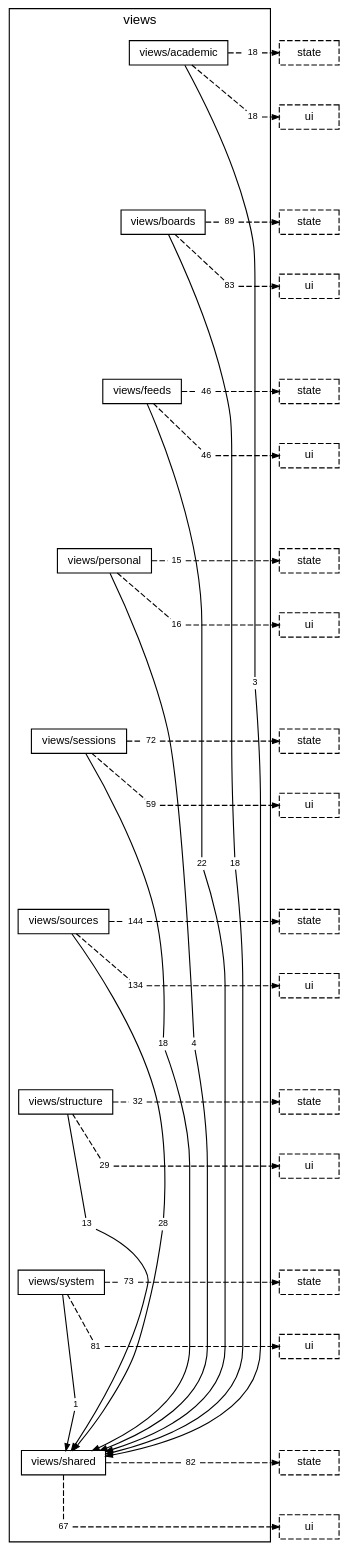
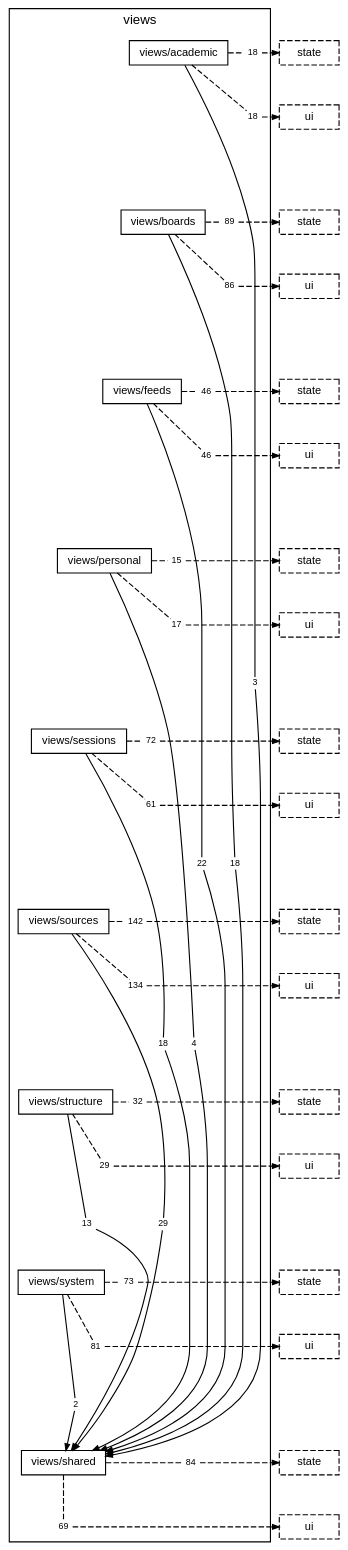
One commit to TheAxeC/oculus changed the diagram in docs/diagrams/layer-views.dot. Above: the diagram before and after it, drawn with Graphviz. The commit also changed 67 other files, not shown here.

```diff
--- a/docs/diagrams/layer-views.dot
+++ b/docs/diagrams/layer-views.dot
@@ -18,27 +18,27 @@
         "folder views/academic to layer ui" [label="18", shape=box, color="transparent", fontsize=8, width=0, height=0, margin="0.04,0.02"];
         "folder views/boards to folder views/shared" [label="18", shape=box, color="transparent", fontsize=8, width=0, height=0, margin="0.04,0.02"];
         "folder views/boards to layer state" [label="89", shape=box, color="transparent", fontsize=8, width=0, height=0, margin="0.04,0.02"];
-        "folder views/boards to layer ui" [label="83", shape=box, color="transparent", fontsize=8, width=0, height=0, margin="0.04,0.02"];
+        "folder views/boards to layer ui" [label="86", shape=box, color="transparent", fontsize=8, width=0, height=0, margin="0.04,0.02"];
         "folder views/feeds to folder views/shared" [label="22", shape=box, color="transparent", fontsize=8, width=0, height=0, margin="0.04,0.02"];
         "folder views/feeds to layer state" [label="46", shape=box, color="transparent", fontsize=8, width=0, height=0, margin="0.04,0.02"];
         "folder views/feeds to layer ui" [label="46", shape=box, color="transparent", fontsize=8, width=0, height=0, margin="0.04,0.02"];
         "folder views/personal to folder views/shared" [label="4", shape=box, color="transparent", fontsize=8, width=0, height=0, margin="0.04,0.02"];
         "folder views/personal to layer state" [label="15", shape=box, color="transparent", fontsize=8, width=0, height=0, margin="0.04,0.02"];
-        "folder views/personal to layer ui" [label="16", shape=box, color="transparent", fontsize=8, width=0, height=0, margin="0.04,0.02"];
+        "folder views/personal to layer ui" [label="17", shape=box, color="transparent", fontsize=8, width=0, height=0, margin="0.04,0.02"];
         "folder views/sessions to folder views/shared" [label="18", shape=box, color="transparent", fontsize=8, width=0, height=0, margin="0.04,0.02"];
         "folder views/sessions to layer state" [label="72", shape=box, color="transparent", fontsize=8, width=0, height=0, margin="0.04,0.02"];
-        "folder views/sessions to layer ui" [label="59", shape=box, color="transparent", fontsize=8, width=0, height=0, margin="0.04,0.02"];
-        "folder views/sources to folder views/shared" [label="28", shape=box, color="transparent", fontsize=8, width=0, height=0, margin="0.04,0.02"];
-        "folder views/sources to layer state" [label="144", shape=box, color="transparent", fontsize=8, width=0, height=0, margin="0.04,0.02"];
+        "folder views/sessions to layer ui" [label="61", shape=box, color="transparent", fontsize=8, width=0, height=0, margin="0.04,0.02"];
+        "folder views/sources to folder views/shared" [label="29", shape=box, color="transparent", fontsize=8, width=0, height=0, margin="0.04,0.02"];
+        "folder views/sources to layer state" [label="142", shape=box, color="transparent", fontsize=8, width=0, height=0, margin="0.04,0.02"];
         "folder views/sources to layer ui" [label="134", shape=box, color="transparent", fontsize=8, width=0, height=0, margin="0.04,0.02"];
         "folder views/structure to folder views/shared" [label="13", shape=box, color="transparent", fontsize=8, width=0, height=0, margin="0.04,0.02"];
         "folder views/structure to layer state" [label="32", shape=box, color="transparent", fontsize=8, width=0, height=0, margin="0.04,0.02"];
         "folder views/structure to layer ui" [label="29", shape=box, color="transparent", fontsize=8, width=0, height=0, margin="0.04,0.02"];
-        "folder views/system to folder views/shared" [label="1", shape=box, color="transparent", fontsize=8, width=0, height=0, margin="0.04,0.02"];
+        "folder views/system to folder views/shared" [label="2", shape=box, color="transparent", fontsize=8, width=0, height=0, margin="0.04,0.02"];
         "folder views/system to layer state" [label="73", shape=box, color="transparent", fontsize=8, width=0, height=0, margin="0.04,0.02"];
         "folder views/system to layer ui" [label="81", shape=box, color="transparent", fontsize=8, width=0, height=0, margin="0.04,0.02"];
-        "folder views/shared to layer state" [label="82", shape=box, color="transparent", fontsize=8, width=0, height=0, margin="0.04,0.02"];
-        "folder views/shared to layer ui" [label="67", shape=box, color="transparent", fontsize=8, width=0, height=0, margin="0.04,0.02"];
+        "folder views/shared to layer state" [label="84", shape=box, color="transparent", fontsize=8, width=0, height=0, margin="0.04,0.02"];
+        "folder views/shared to layer ui" [label="69", shape=box, color="transparent", fontsize=8, width=0, height=0, margin="0.04,0.02"];
     }
     "layer state from folder views/academic" [label="state", style=dashed];
     "layer ui from folder views/academic" [label="ui", style=dashed];
```
